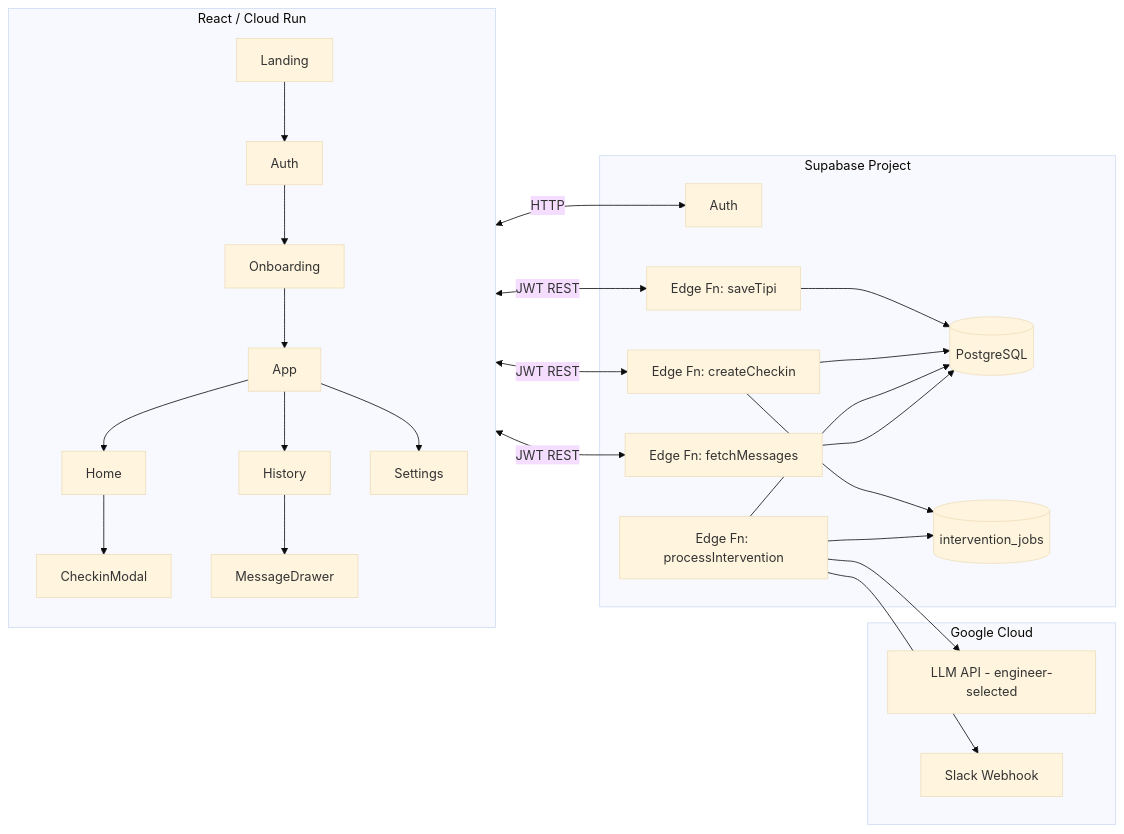
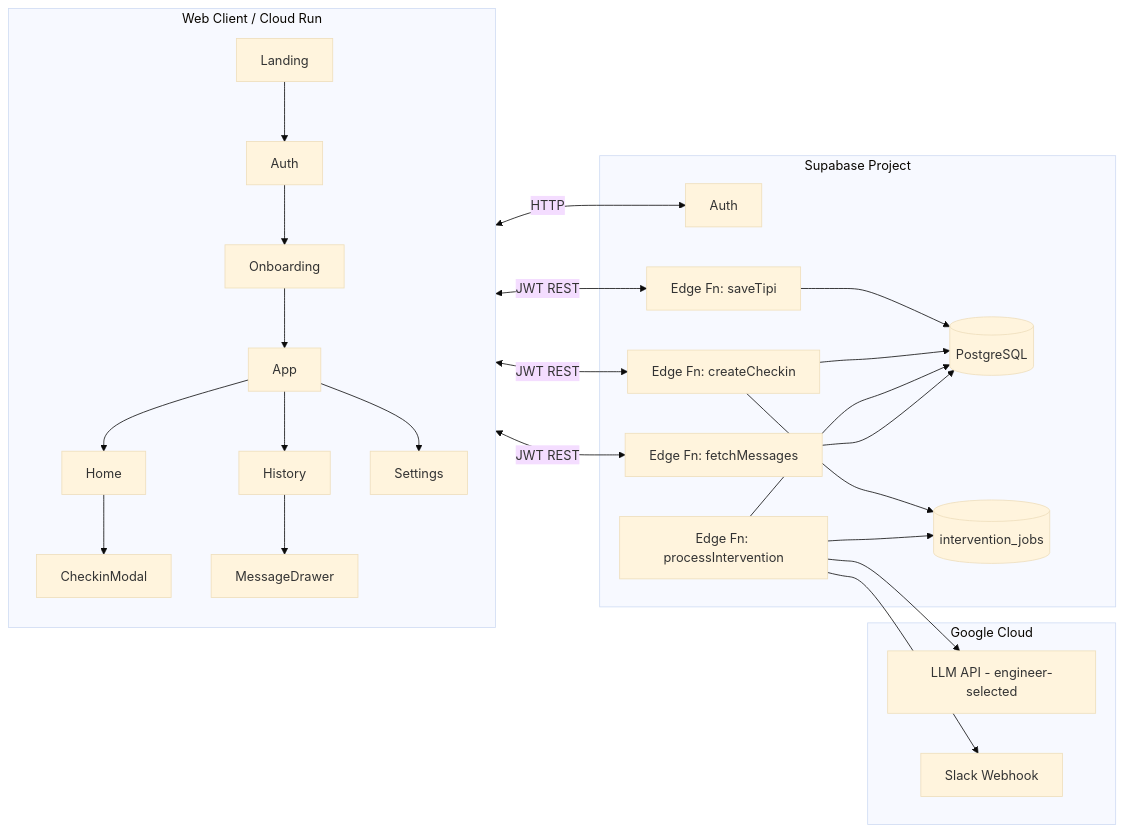
Before and after one commit to k-naruse3209/trait-flow-mvp3.0: the diagram in docs/system_spec_ja.md, drawn with Mermaid (base theme). The commit also changed other lines of this file, not shown here.

````diff
--- a/docs/system_spec_ja.md
+++ b/docs/system_spec_ja.md
@@ -41,37 +41,37 @@
 ```mermaid
 flowchart LR
-  subgraph Client[React / Cloud Run]
+  subgraph Client[Web Client / Cloud Run]
     Landing --> Auth --> Onboarding --> App
     App --> Home
     App --> History
     App --> Settings
     Home --> CheckinModal
     History --> MessageDrawer
   end
 
   subgraph Supabase["Supabase Project"]
     AuthSvc[Auth]
     DB[(PostgreSQL)]
     funcOnboard[Edge Fn: saveTipi]
     funcCheckin[Edge Fn: createCheckin]
     funcPoll[Edge Fn: fetchMessages]
     funcWorker[Edge Fn: processIntervention]
     Queue[(intervention_jobs)]
   end
 
   subgraph Google["Google Cloud"]
     LLM[LLM API - engineer-selected]
     Slack[Slack Webhook]
   end
 
   Client <--HTTP--> AuthSvc
   Client <--JWT REST--> funcOnboard & funcCheckin & funcPoll
   funcOnboard --> DB
   funcCheckin --> DB
   funcCheckin --> Queue
   funcWorker --> Queue
   funcWorker --> DB
   funcWorker --> LLM
   funcWorker --> Slack
   funcPoll --> DB
 ```
````
